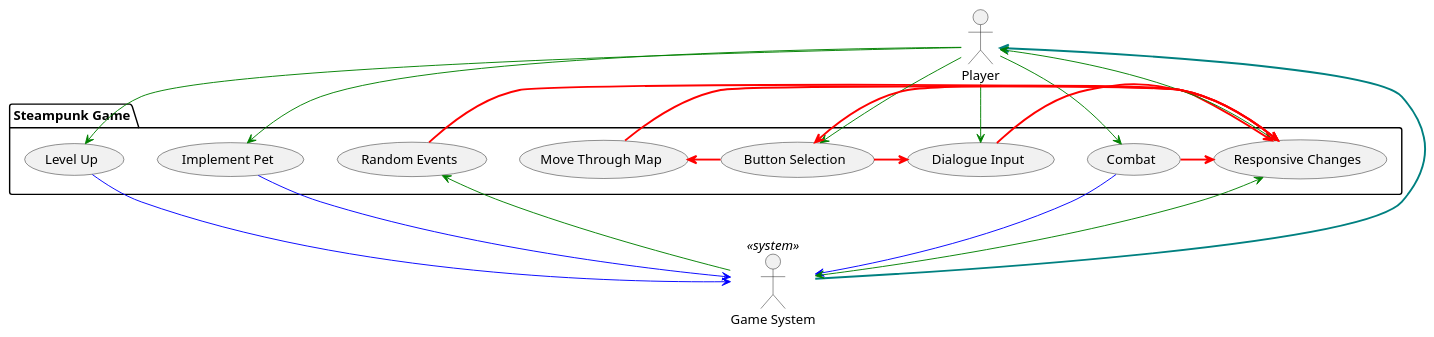
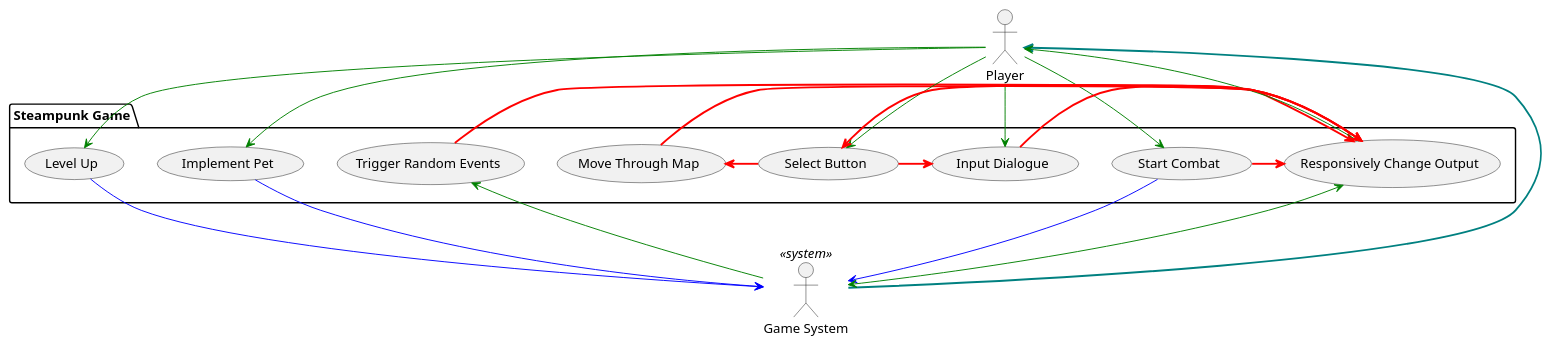
The diagram in vision.md (BillCheng9/Steampunk-Game), drawn with PlantUML before and after one commit. The commit also changed other lines of this file, not shown here.

````diff
--- a/vision.md
+++ b/vision.md
@@ -36,65 +37,65 @@
 ```plantuml
 
 @startuml
 
 
 ' human actors
 actor "Player" as player
 
 ' system actors
 actor "Game System" <<system>> as gameSystem
 
 ' list all use cases in package
 package "Steampunk Game" {
-usecase "Combat" as combat
-usecase "Dialogue Input" as dialInput
+usecase "Start Combat" as combat
+usecase "Input Dialogue" as dialInput
 usecase "Implement Pet" as petSystem
-usecase "Button Selection" as butSelection
+usecase "Select Button" as butSelection
 usecase "Level Up" as levelSystem
-usecase "Responsive Changes" as resChange
-usecase "Random Events" as RNG
+usecase "Responsively Change Output" as resChange
+usecase "Trigger Random Events" as RNG
 usecase "Move Through Map" as charMove
 }
 
 ' list relationships between actors and use cases
 
 ' Loop
 gameSystem -up-> player #line:teal;line.bold
 
 ' Combat
 player -down-> combat #line:green
 combat -right->  resChange #line:red;line.bold
 combat -down-> gameSystem #line:blue
 
 ' Dialogue Input
 player -down-> dialInput #line:green
 dialInput -> resChange #line:red;line.bold
 
 ' Character Movement
 charMove -> resChange #line:red;line.bold
 
 ' Pets System
 player -down-> petSystem #line:green
 petSystem -down-> gameSystem #line:blue
 
 ' Random Events
 gameSystem -up-> RNG #line:green
 RNG -right-> resChange #line:red;line.bold
 resChange -up-> player #line:green
 
 ' Button Selection
 player -down-> butSelection #line:green
 butSelection -left-> charMove #line:red;line.bold
 butSelection <-right-> resChange #line:red;line.bold
 butSelection -right-> dialInput #line:red;line.bold
 
 ' Leveling System
 player -down-> levelSystem #line:green
 levelSystem -down-> gameSystem #line:blue
 
 ' Responsive Changes
 gameSystem <-up-> resChange #line:green
 
 @enduml
 
 ```
````
